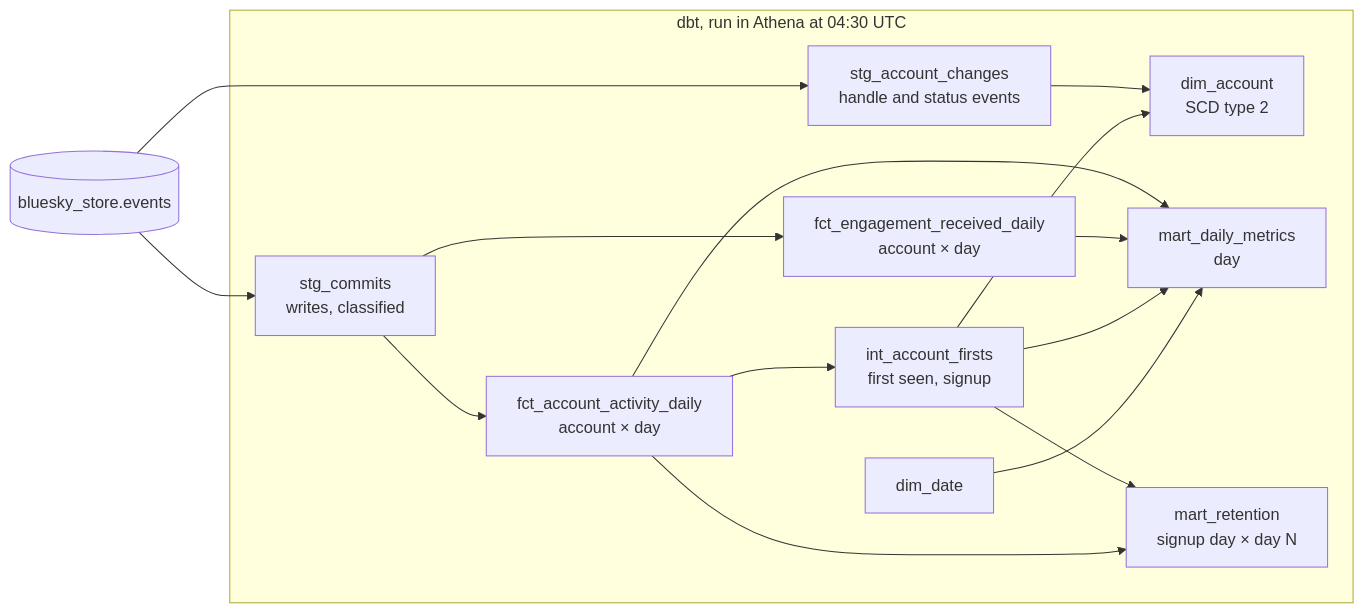
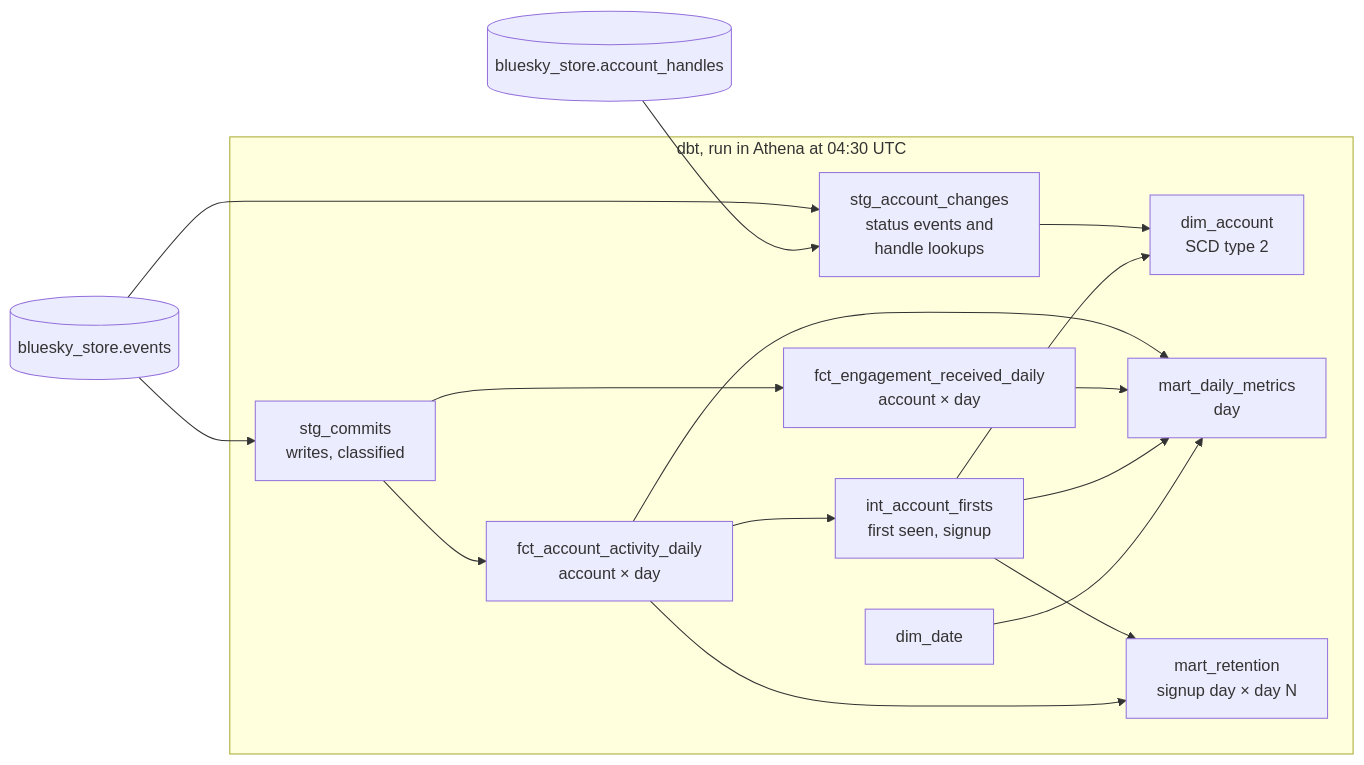
One commit to dhirajkk91/bluesky-stream-analytics changed the diagram in docs/architectures/marts.md. Above: the diagram before and after it, drawn with Mermaid. The commit also changed other lines of this file and 19 other files, not shown here.

````diff
--- a/docs/architectures/marts.md
+++ b/docs/architectures/marts.md
@@ -24,28 +24,30 @@
 ```mermaid
 flowchart LR
     EV[("bluesky_store.events")]
+    AH[("bluesky_store.account_handles")]
     subgraph dbt["dbt, run in Athena at 04:30 UTC"]
         SC["stg_commits<br/>writes, classified"]
-        SA["stg_account_changes<br/>handle and status events"]
+        SA["stg_account_changes<br/>status events and<br/>handle lookups"]
         FA["fct_account_activity_daily<br/>account × day"]
         FE["fct_engagement_received_daily<br/>account × day"]
         IF["int_account_firsts<br/>first seen, signup"]
         DA["dim_account<br/>SCD type 2"]
         DD["dim_date"]
         MD["mart_daily_metrics<br/>day"]
         MR["mart_retention<br/>signup day × day N"]
     end
     EV --> SC
     EV --> SA
+    AH --> SA
     SC --> FA
     SC --> FE
     FA --> IF
     SA --> DA
     IF --> DA
     FA --> MD
     FE --> MD
     IF --> MD
     DD --> MD
     IF --> MR
     FA --> MR
 ```
````
